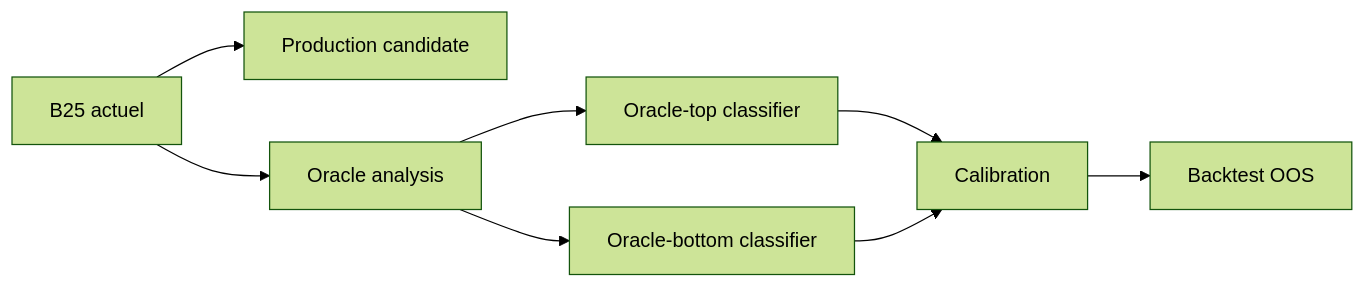
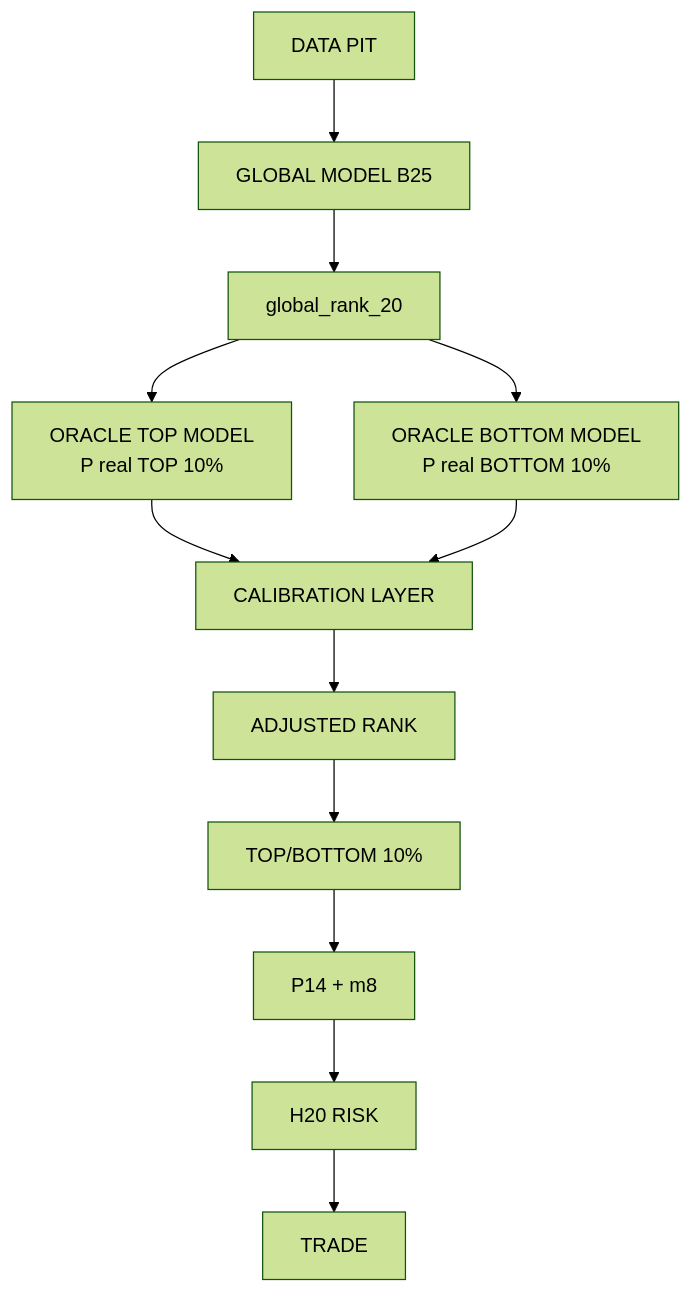
Before and after one commit to mli2000fr/alpha_trade: the third of 3 diagrams in doc/ml_oracle.md, drawn with Mermaid (forest theme). The commit also changed other lines of this file and 1 other file, not shown here.

````diff
--- a/doc/ml_oracle.md
+++ b/doc/ml_oracle.md
@@ -400,9 +627,10 @@
 ```mermaid
-flowchart LR
-    A[B25 actuel] --> B[Production candidate]
-    A --> C[Oracle analysis]
-    C --> D[Oracle-top classifier]
-    C --> E[Oracle-bottom classifier]
-    D --> F[Calibration]
-    E --> F --> G[Backtest OOS]
+flowchart TB
+    A[DATA PIT] --> B[GLOBAL MODEL B25] --> C[global_rank_20]
+    C --> D1[ORACLE TOP MODEL<br/>P real TOP 10%]
+    C --> D2[ORACLE BOTTOM MODEL<br/>P real BOTTOM 10%]
+    D1 --> E[CALIBRATION LAYER]
+    D2 --> E
+    E --> F[ADJUSTED RANK] --> G[TOP/BOTTOM 10%]
+    G --> H[P14 + m8] --> I[H20 RISK] --> J[TRADE]
 ```
````
